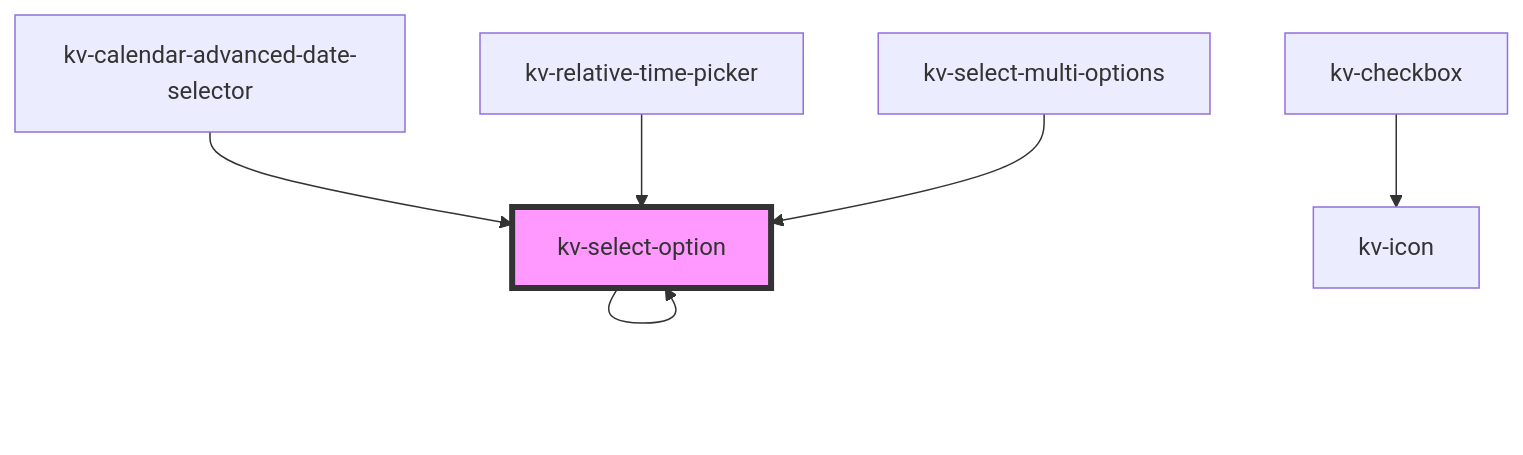
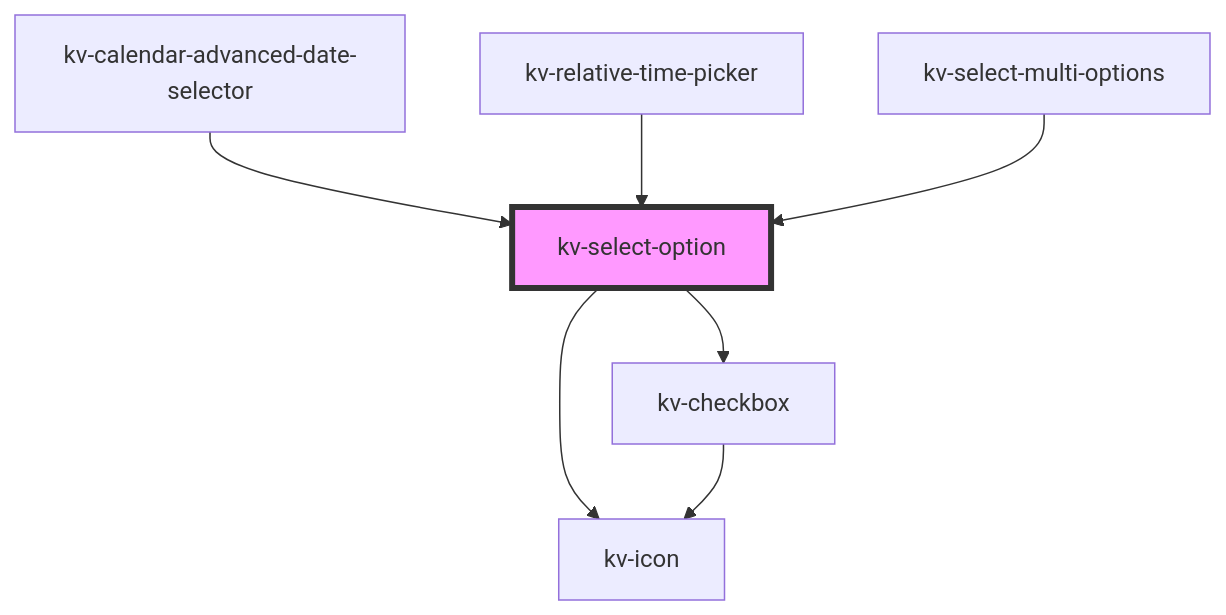
Before and after one commit to kelvininc/ui-components: the diagram in packages/ui-components/src/components/select-option/readme.md, drawn with Mermaid. The commit also changed other lines of this file and 20 other files, not shown here.

````diff
--- a/packages/ui-components/src/components/select-option/readme.md
+++ b/packages/ui-components/src/components/select-option/readme.md
@@ -120,9 +118,10 @@
 ```mermaid
 graph TD;
-  kv-select-option --> kv-select-option
+  kv-select-option --> kv-checkbox
+  kv-select-option --> kv-icon
   kv-checkbox --> kv-icon
   kv-calendar-advanced-date-selector --> kv-select-option
   kv-relative-time-picker --> kv-select-option
   kv-select-multi-options --> kv-select-option
   style kv-select-option fill:#f9f,stroke:#333,stroke-width:4px
 ```
````
